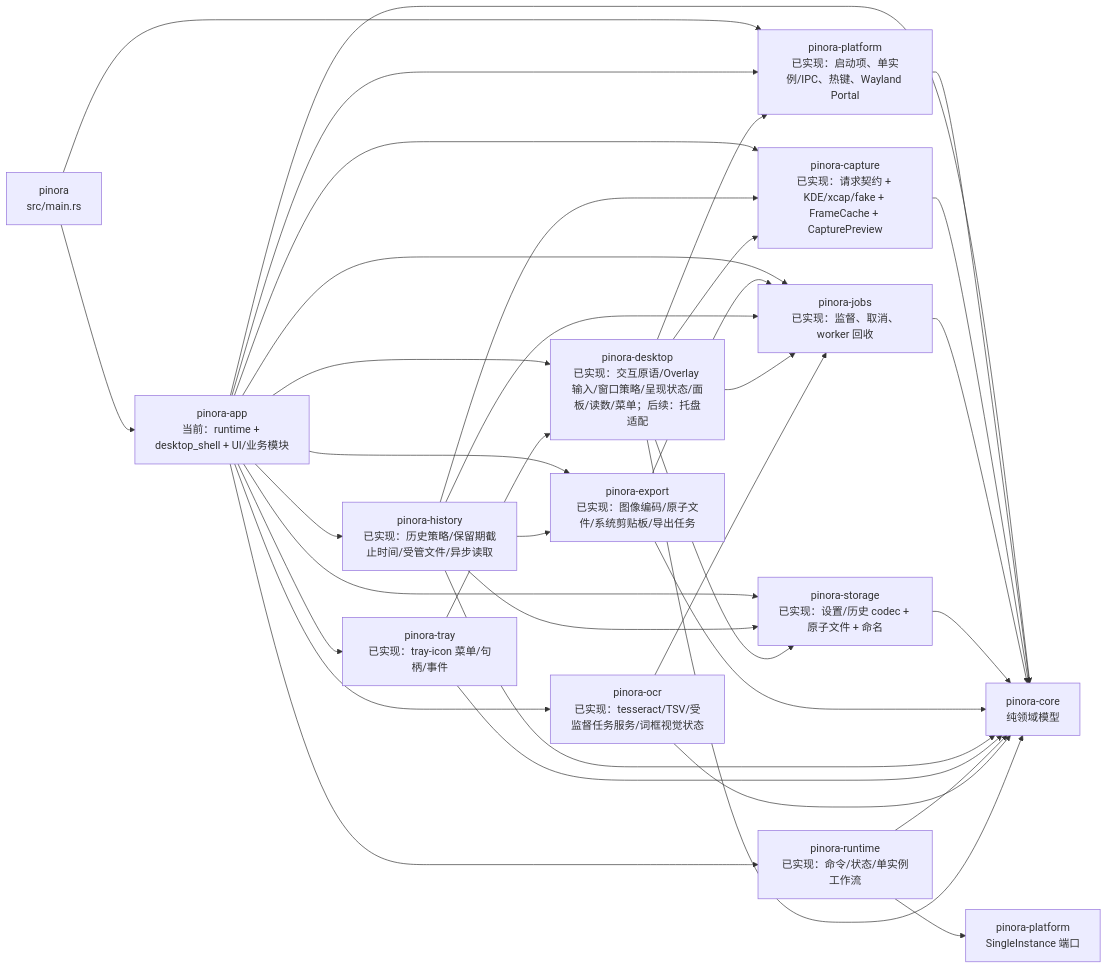
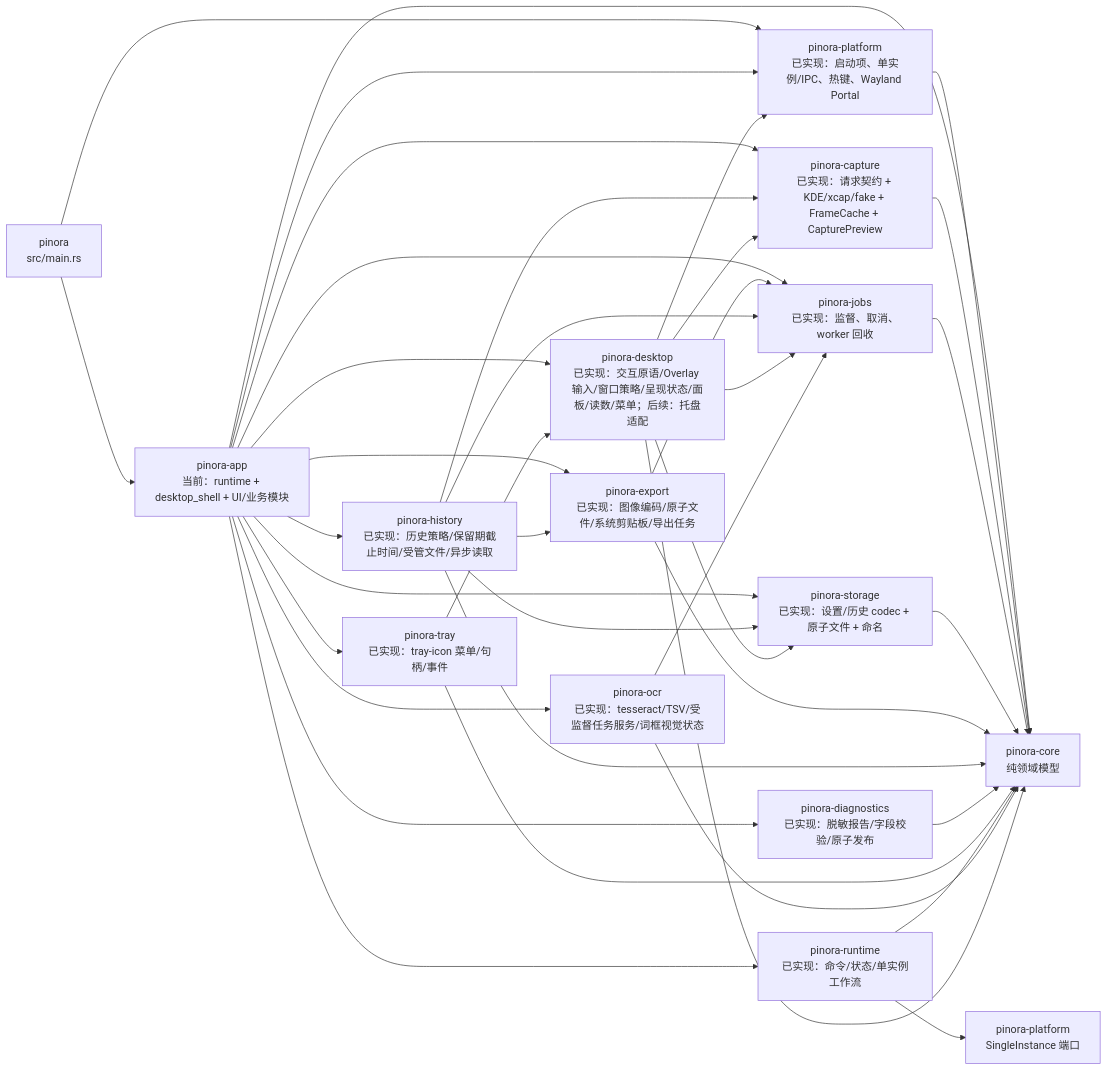
Before and after one commit to yhyzgn/pinora: the third of 23 diagrams in docs/Pinora-开发设计文档.md, drawn with Mermaid. The commit also changed other lines of this file and 13 other files, not shown here.

````diff
--- a/docs/Pinora-开发设计文档.md
+++ b/docs/Pinora-开发设计文档.md
@@ -236,39 +236,41 @@
 ```mermaid
 flowchart LR
     Main["pinora\nsrc/main.rs"] --> App["pinora-app\n当前：runtime + desktop_shell + UI/业务模块"]
     Main --> Platform["pinora-platform\n已实现：启动项、单实例/IPC、热键、Wayland Portal"]
     App --> Platform
     App --> Core["pinora-core\n纯领域模型"]
     Platform --> Core
 
     App --> CaptureNow["pinora-capture\n已实现：请求契约 + KDE/xcap/fake + FrameCache + CapturePreview"]
     CaptureNow --> Core
     App --> JobsNow["pinora-jobs\n已实现：监督、取消、worker 回收"]
     JobsNow --> Core
     App --> StorageNow["pinora-storage\n已实现：设置/历史 codec + 原子文件 + 命名"]
     StorageNow --> Core
     App --> Desktop["pinora-desktop\n已实现：交互原语/Overlay 输入/窗口策略/呈现状态/面板/读数/菜单；后续：托盘适配"]
     App --> ExportNow["pinora-export\n已实现：图像编码/原子文件/系统剪贴板/导出任务"]
     ExportNow --> Core
     ExportNow --> JobsNow
     App --> HistoryNow["pinora-history\n已实现：历史策略/保留期截止时间/受管文件/异步读取"]
     HistoryNow --> Core
     HistoryNow --> StorageNow
     HistoryNow --> CaptureNow
     HistoryNow --> JobsNow
     HistoryNow --> ExportNow
+    App --> DiagnosticsNow["pinora-diagnostics\n已实现：脱敏报告/字段校验/原子发布"]
+    DiagnosticsNow --> Core
     App --> TrayNow["pinora-tray\n已实现：tray-icon 菜单/句柄/事件"]
     TrayNow --> Core
     TrayNow --> Desktop
     App --> RuntimeNow["pinora-runtime\n已实现：命令/状态/单实例工作流"]
     RuntimeNow --> Core
     RuntimeNow --> PlatformNow["pinora-platform\nSingleInstance 端口"]
     App --> Ocr["pinora-ocr\n已实现：tesseract/TSV/受监督任务服务/词框视觉状态"]
     Ocr --> Core
     Desktop --> Core
     Desktop --> Platform
     Desktop --> CaptureNow
     Desktop --> JobsNow
     Desktop --> StorageNow
     Ocr --> JobsNow
 ```
````
